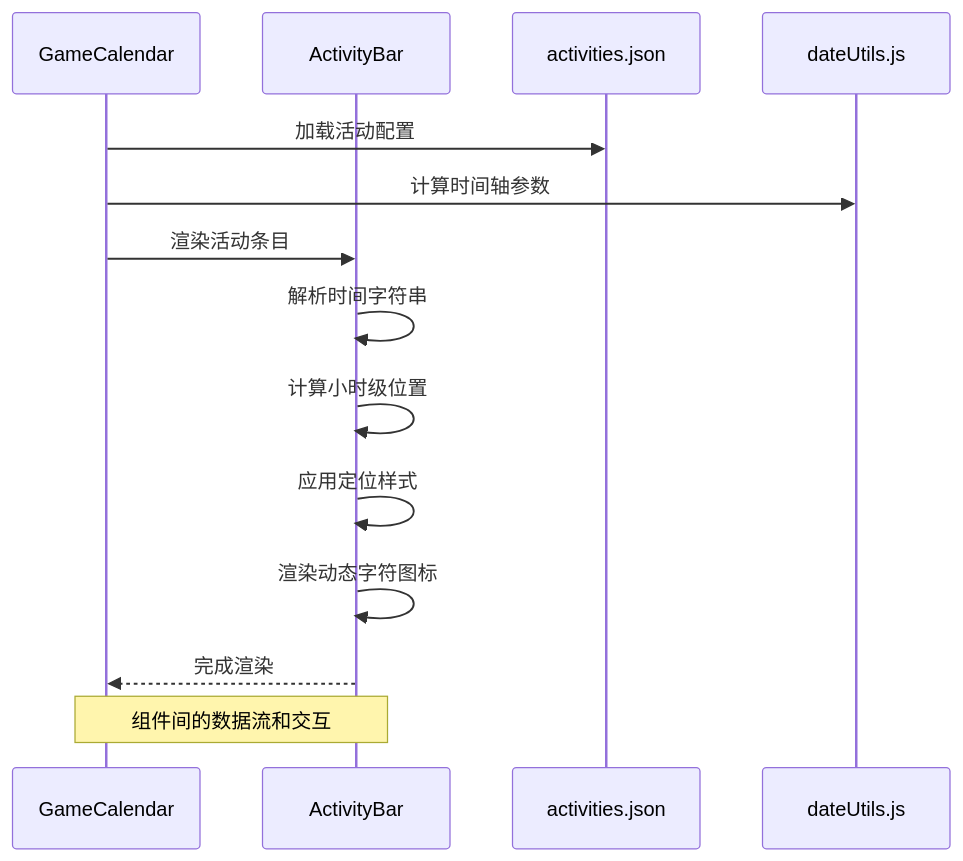
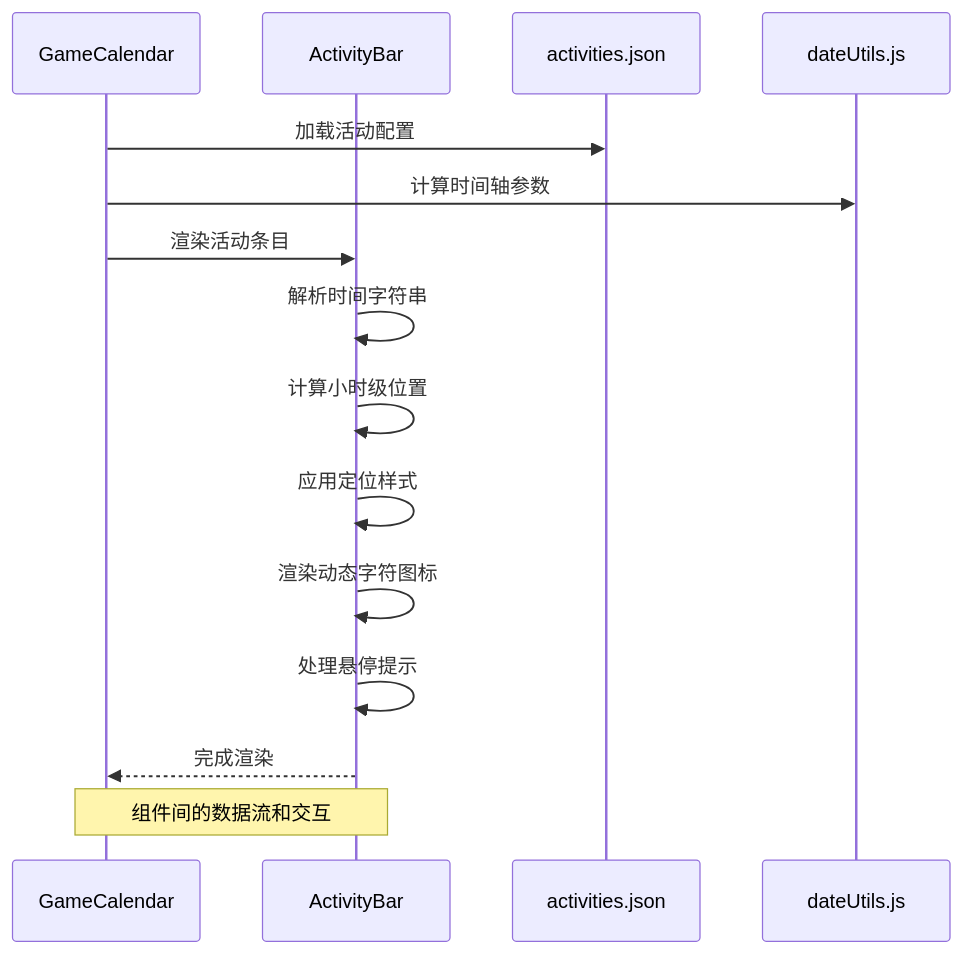
Before and after one commit to xuanyulingnfeg/gameCalendar: the second of 10 diagrams in .qoder/repowiki/zh/content/核心组件/ActivityBar 活动条目组件.md, drawn with Mermaid. The commit also changed other lines of this file and 4 other files, not shown here.

````diff
--- a/.qoder/repowiki/zh/content/核心组件/ActivityBar 活动条目组件.md
+++ b/.qoder/repowiki/zh/content/核心组件/ActivityBar 活动条目组件.md
@@ -138,16 +143,17 @@
 ```mermaid
 sequenceDiagram
 participant GC as GameCalendar
 participant AB as ActivityBar
 participant AC as activities.json
 participant DU as dateUtils.js
 GC->>AC : 加载活动配置
 GC->>DU : 计算时间轴参数
 GC->>AB : 渲染活动条目
 AB->>AB : 解析时间字符串
 AB->>AB : 计算小时级位置
 AB->>AB : 应用定位样式
 AB->>AB : 渲染动态字符图标
+AB->>AB : 处理悬停提示
 AB-->>GC : 完成渲染
 Note over GC,AB : 组件间的数据流和交互
 ```
````
